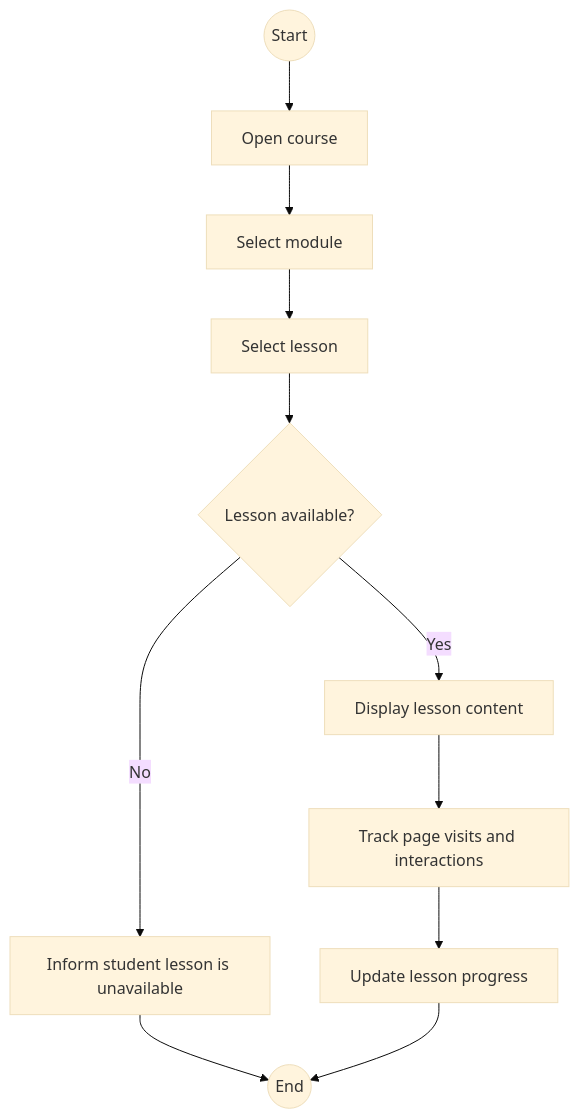
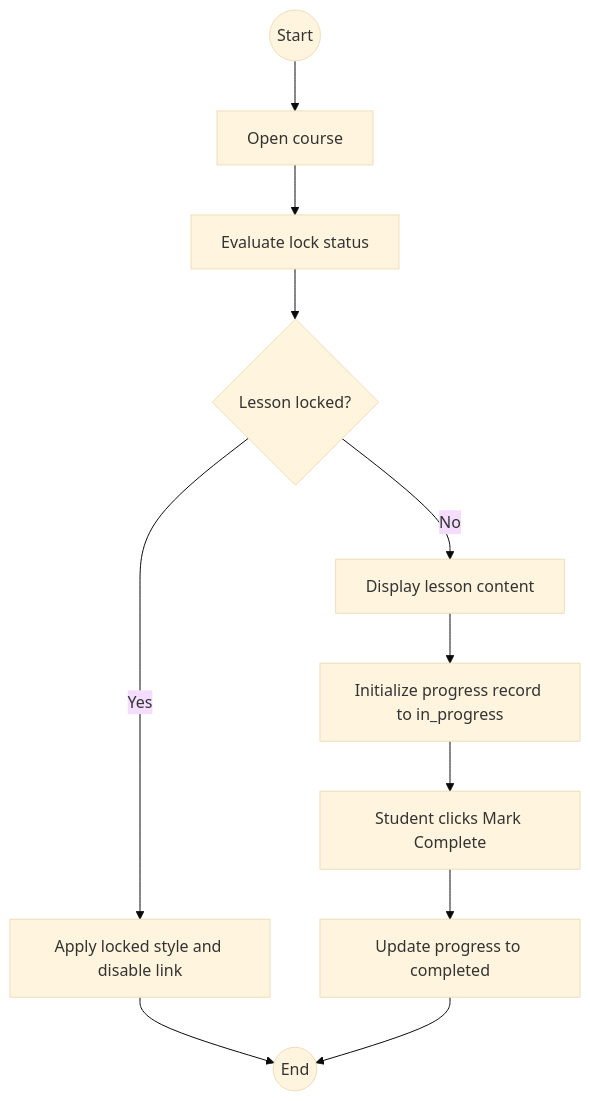
Before and after one commit to wingkit123/QuestLearn: the second of 9 diagrams in part-i/Activity-Diagrams.md, drawn with Mermaid (base theme). The commit also changed other lines of this file and 2 other files, not shown here.

Commit message:
docs: apply minor code variance updates to Part I and Part III deliverables

````diff
--- a/part-i/Activity-Diagrams.md
+++ b/part-i/Activity-Diagrams.md
@@ -25,13 +25,13 @@
 ```mermaid
 flowchart TD
     A((Start)) --> B[Open course]
-    B --> C[Select module]
-    C --> D[Select lesson]
-    D --> E{Lesson available?}
-    E -- No --> F[Inform student lesson is unavailable]
-    F --> Z((End))
-    E -- Yes --> G[Display lesson content]
-    G --> H[Track page visits and interactions]
-    H --> I[Update lesson progress]
-    I --> Z((End))
+    B --> C[Evaluate lock status]
+    C --> D{Lesson locked?}
+    D -- Yes --> E[Apply locked style and disable link]
+    E --> Z((End))
+    D -- No --> F[Display lesson content]
+    F --> G[Initialize progress record to in_progress]
+    G --> H[Student clicks Mark Complete]
+    H --> I[Update progress to completed]
+    I --> Z
 ```
````
